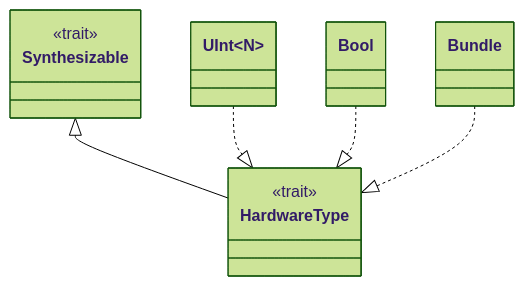
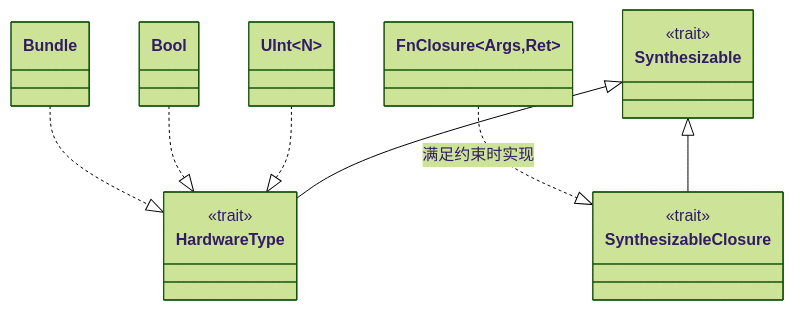
One commit to TangCan/bitloom changed the seventh of 10 diagrams in docs/requirements/15. 可综合子集与限制.md. Above: the diagram before and after it, drawn with Mermaid (forest theme). The commit also changed other lines of this file and 17 other files, not shown here.

````diff
--- a/docs/requirements/15. 可综合子集与限制.md
+++ b/docs/requirements/15. 可综合子集与限制.md
@@ -239,17 +277,22 @@
 ```mermaid
 classDiagram
     class Synthesizable {
         <<trait>>
     }
     class HardwareType {
         <<trait>>
     }
+    class SynthesizableClosure {
+        <<trait>>
+    }
     Synthesizable <|-- HardwareType
+    Synthesizable <|-- SynthesizableClosure
     class UInt~N~
     class Bool
     class Bundle
     UInt~N~ ..|> HardwareType
     Bool ..|> HardwareType
     Bundle ..|> HardwareType
-
+    class FnClosure~Args,Ret~
+    FnClosure ..|> SynthesizableClosure : 满足约束时实现
 ```
````
